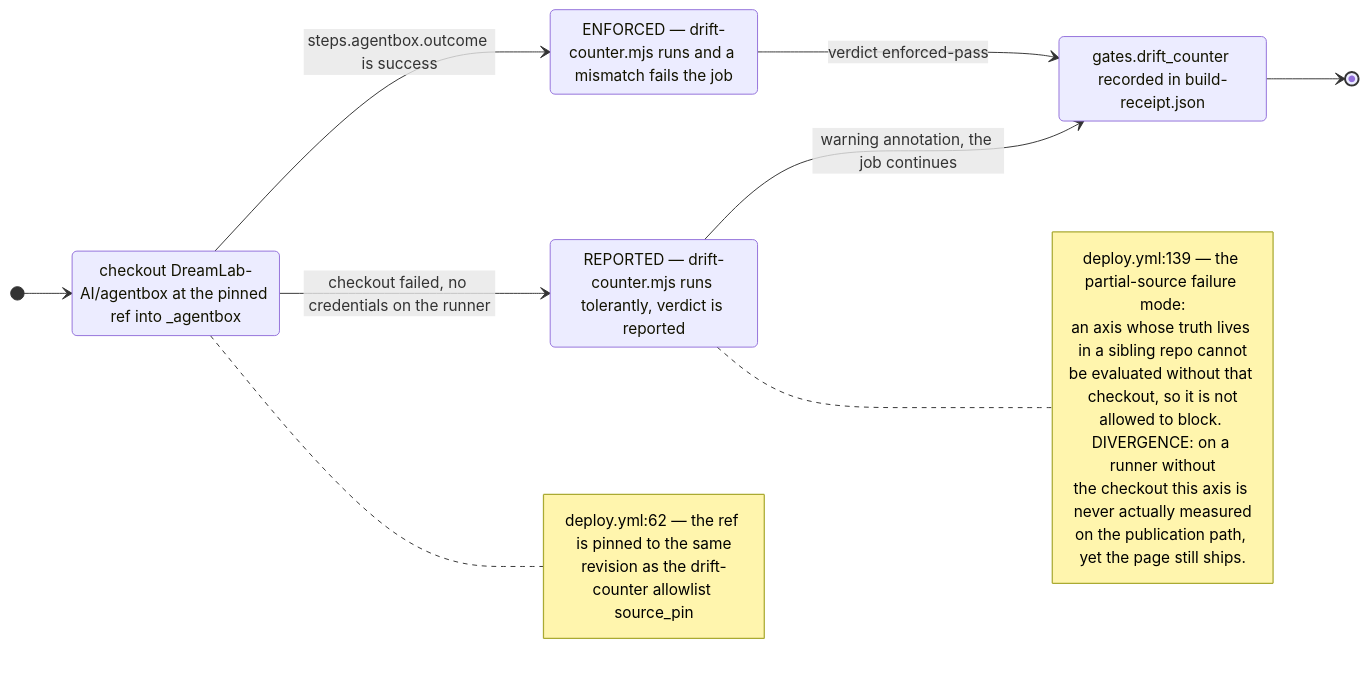
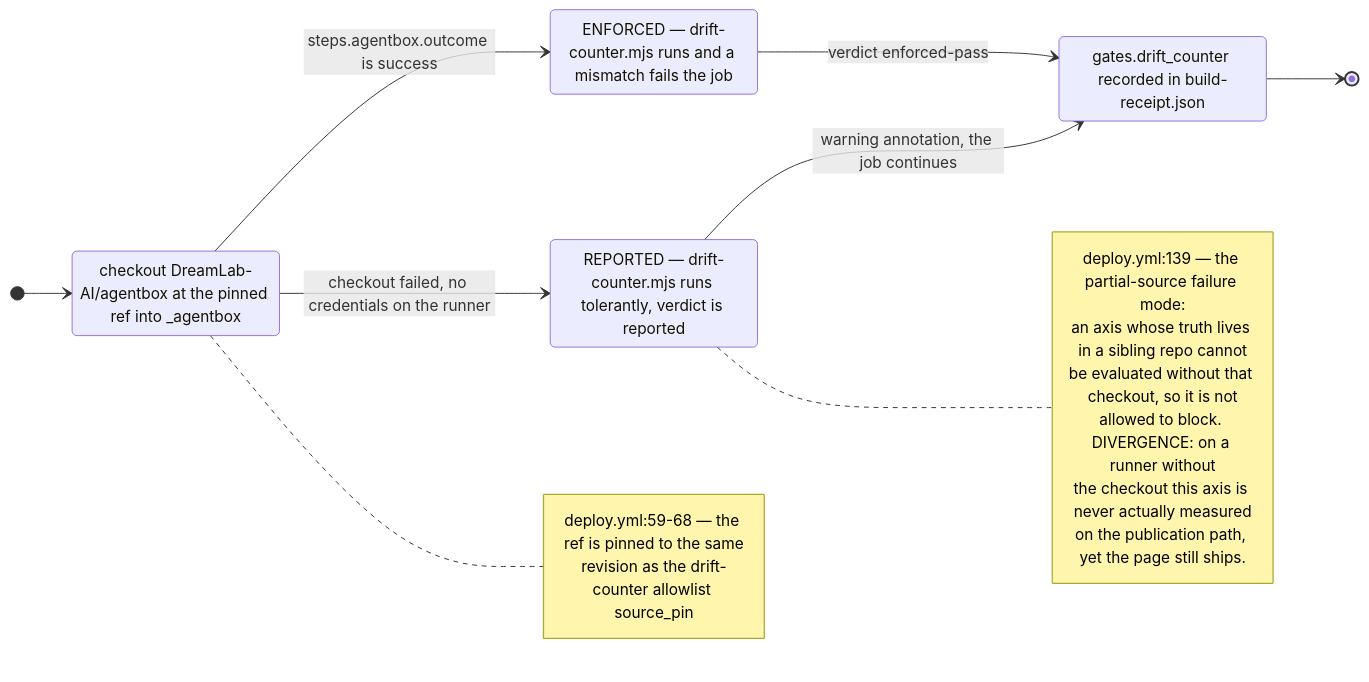
The eighth of 12 diagrams in docs/diagrams/visionflow/02-website-build-and-deploy.md (DreamLab-AI/VisionFlow), drawn with Mermaid before and after one commit. The commit also changed other lines of this file and 91 other files, not shown here.

````diff
--- a/docs/diagrams/visionflow/02-website-build-and-deploy.md
+++ b/docs/diagrams/visionflow/02-website-build-and-deploy.md
@@ -256,26 +258,26 @@
 ```mermaid
 stateDiagram-v2
     direction LR
     [*] --> Attempt
     state "checkout DreamLab-AI/agentbox at the pinned ref into _agentbox" as Attempt
     Attempt --> Enforced : steps.agentbox.outcome is success
     Attempt --> Reported : checkout failed, no credentials on the runner
     state "ENFORCED — drift-counter.mjs runs and a mismatch fails the job" as Enforced
     state "REPORTED — drift-counter.mjs runs tolerantly, verdict is reported" as Reported
     Enforced --> Receipt : verdict enforced-pass
     Reported --> Receipt : warning annotation, the job continues
     state "gates.drift_counter recorded in build-receipt.json" as Receipt
     Receipt --> [*]
     note right of Attempt
-      deploy.yml:62 — the ref is pinned to the same
+      deploy.yml:59-68 — the ref is pinned to the same
       revision as the drift-counter allowlist source_pin
     end note
     note right of Reported
       deploy.yml:139 — the partial-source failure mode:
       an axis whose truth lives in a sibling repo cannot
       be evaluated without that checkout, so it is not
       allowed to block. DIVERGENCE: on a runner without
       the checkout this axis is never actually measured
       on the publication path, yet the page still ships.
     end note
 ```
````
